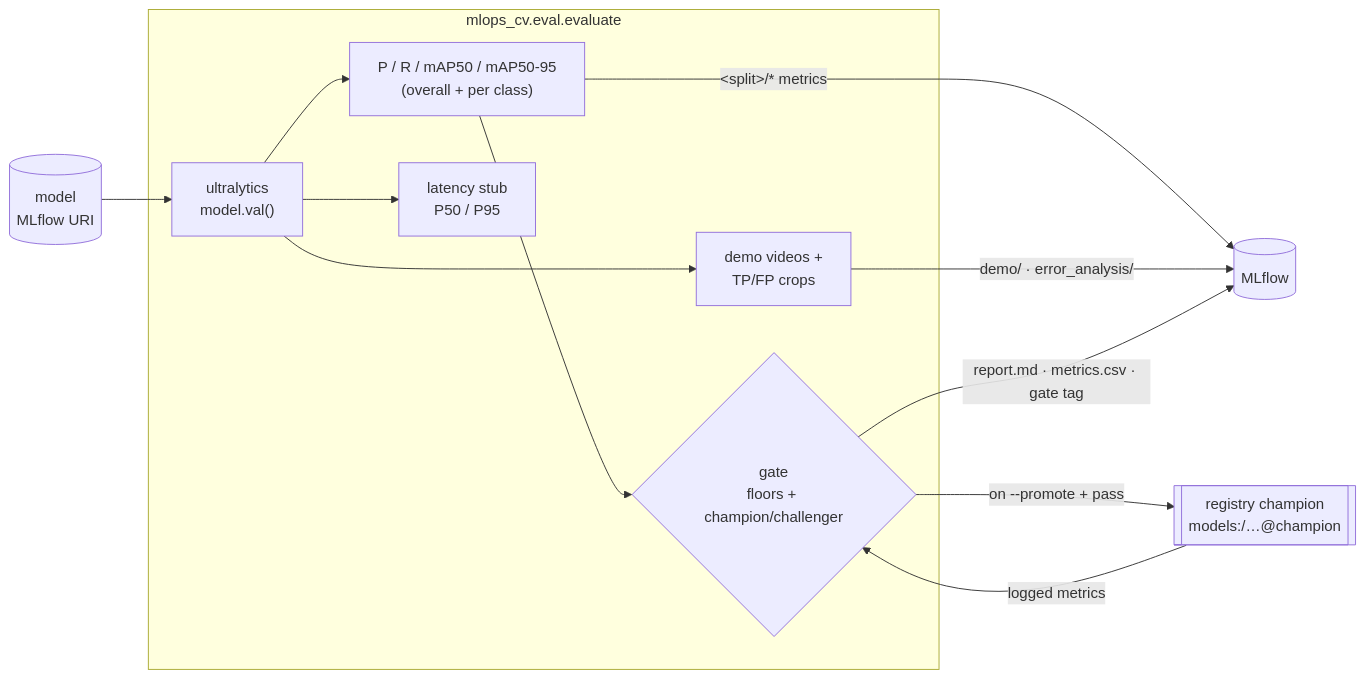
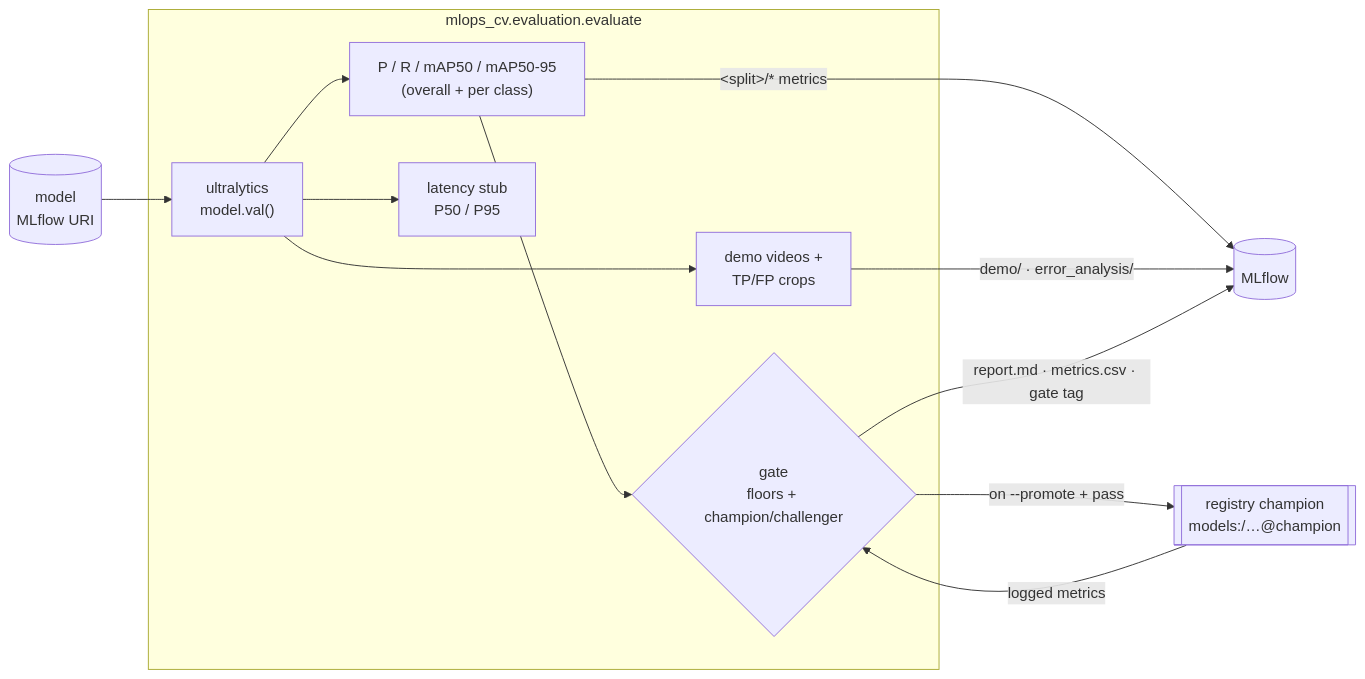
The diagram in docs/evaluation.md (vtarasv/mlops-cv), drawn with Mermaid before and after one commit. The commit also changed other lines of this file and 51 other files, not shown here.

````diff
--- a/docs/evaluation.md
+++ b/docs/evaluation.md
@@ -10,15 +10,15 @@
 ```mermaid
 flowchart LR
   model[("model<br/>MLflow URI")] --> val
-  subgraph eval["mlops_cv.eval.evaluate"]
+  subgraph eval["mlops_cv.evaluation.evaluate"]
     val["ultralytics<br/>model.val()"] --> metrics["P / R / mAP50 / mAP50-95<br/>(overall + per class)"]
     val --> lat["latency stub<br/>P50 / P95"]
     val --> vis["demo videos +<br/>TP/FP crops"]
     metrics --> gate{"gate<br/>floors + champion/challenger"}
   end
   champ[["registry champion<br/>models:/…@champion"]] -->|logged metrics| gate
   metrics -->|"&lt;split&gt;/* metrics"| mlflow[("MLflow")]
   vis -->|"demo/ · error_analysis/"| mlflow
   gate -->|"report.md · metrics.csv · gate tag"| mlflow
   gate -->|"on --promote + pass"| champ
 ```
````
